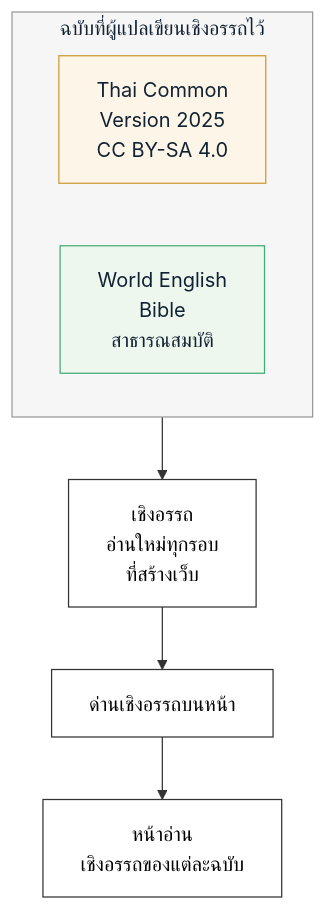
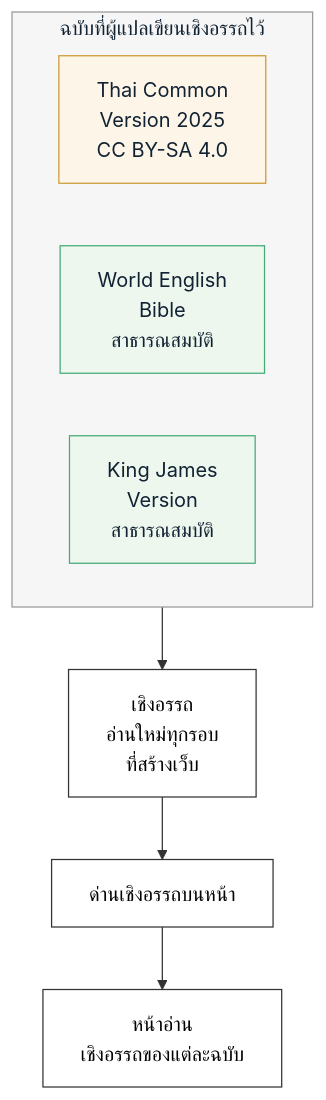
One commit to aim-krisada/phrakham.life changed the third of 11 diagrams in content/แหล่งข้อมูล.md. Above: the diagram before and after it, drawn with Mermaid. The commit also changed other lines of this file and 5 other files, not shown here.

First line of the commit message:
เชิงอรรถทุกฉบับ ⇒ เพิ่ม KJV 6,959 อัน · ที่อยู่ข้ออื่นใน WEB กดได้ 423 ที่

````diff
--- a/content/แหล่งข้อมูล.md
+++ b/content/แหล่งข้อมูล.md
@@ -208,20 +208,21 @@
 ```mermaid
 flowchart TD
   accTitle: เชิงอรรถมาจากฉบับไหน
   accDescr: คำอธิบายเป็นตัวหนังสืออยู่ใต้ภาพนี้
   subgraph G_FN["ฉบับที่ผู้แปลเขียนเชิงอรรถไว้"]
     direction LR
     S_TCV["Thai Common<br/>Version 2025<br/>CC BY-SA 4.0"]
     S_WEB["World English<br/>Bible<br/>สาธารณสมบัติ"]
+    S_KJV["King James<br/>Version<br/>สาธารณสมบัติ"]
   end
   style G_FN fill:#f6f6f6,stroke:#999,color:#123
   G_FN --> L_FN["เชิงอรรถ<br/>อ่านใหม่ทุกรอบ<br/>ที่สร้างเว็บ"]
   L_FN --> D_FN["ด่านเชิงอรรถบนหน้า"]
   D_FN --> P_FN["หน้าอ่าน<br/>เชิงอรรถของแต่ละฉบับ"]
   classDef g1 fill:#eef7ee,stroke:#4a7,color:#123
   classDef g3 fill:#fdf6e8,stroke:#c93,color:#123
   classDef pipe fill:#ffffff,stroke:#333,color:#000
-  class S_WEB g1
+  class S_WEB,S_KJV g1
   class S_TCV g3
   class L_FN,D_FN,P_FN pipe
 ```
````
